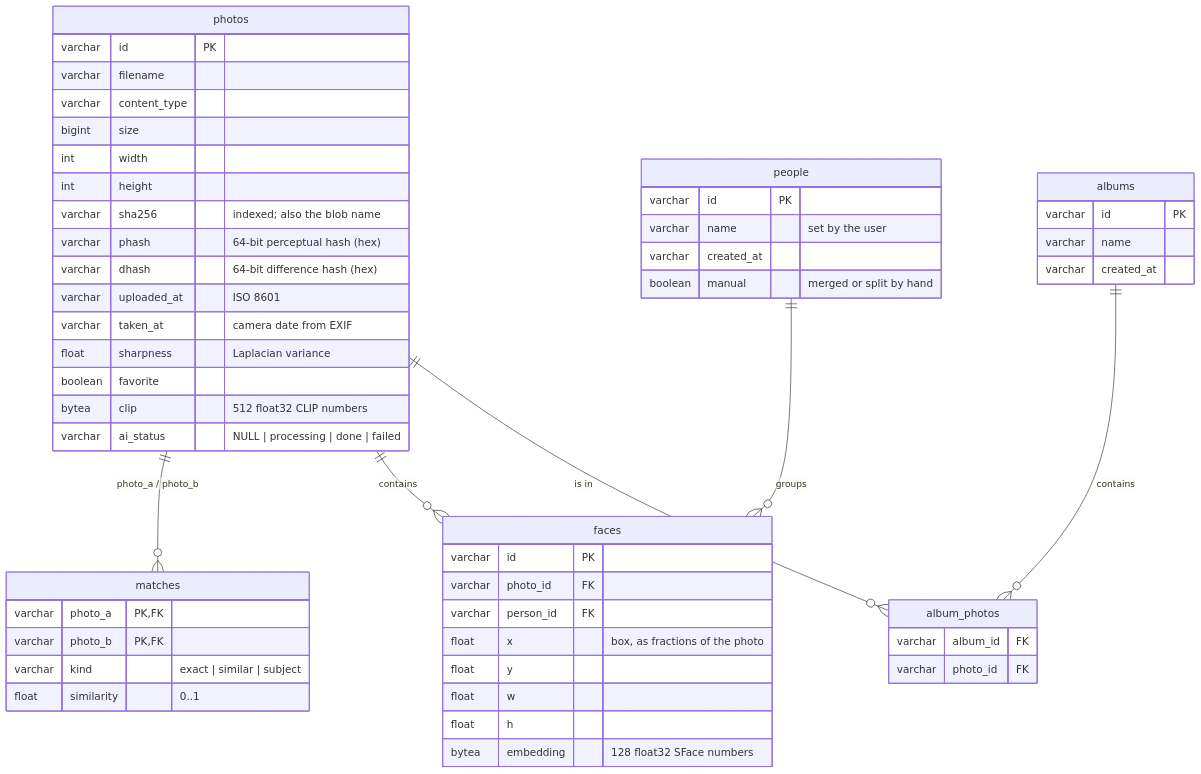
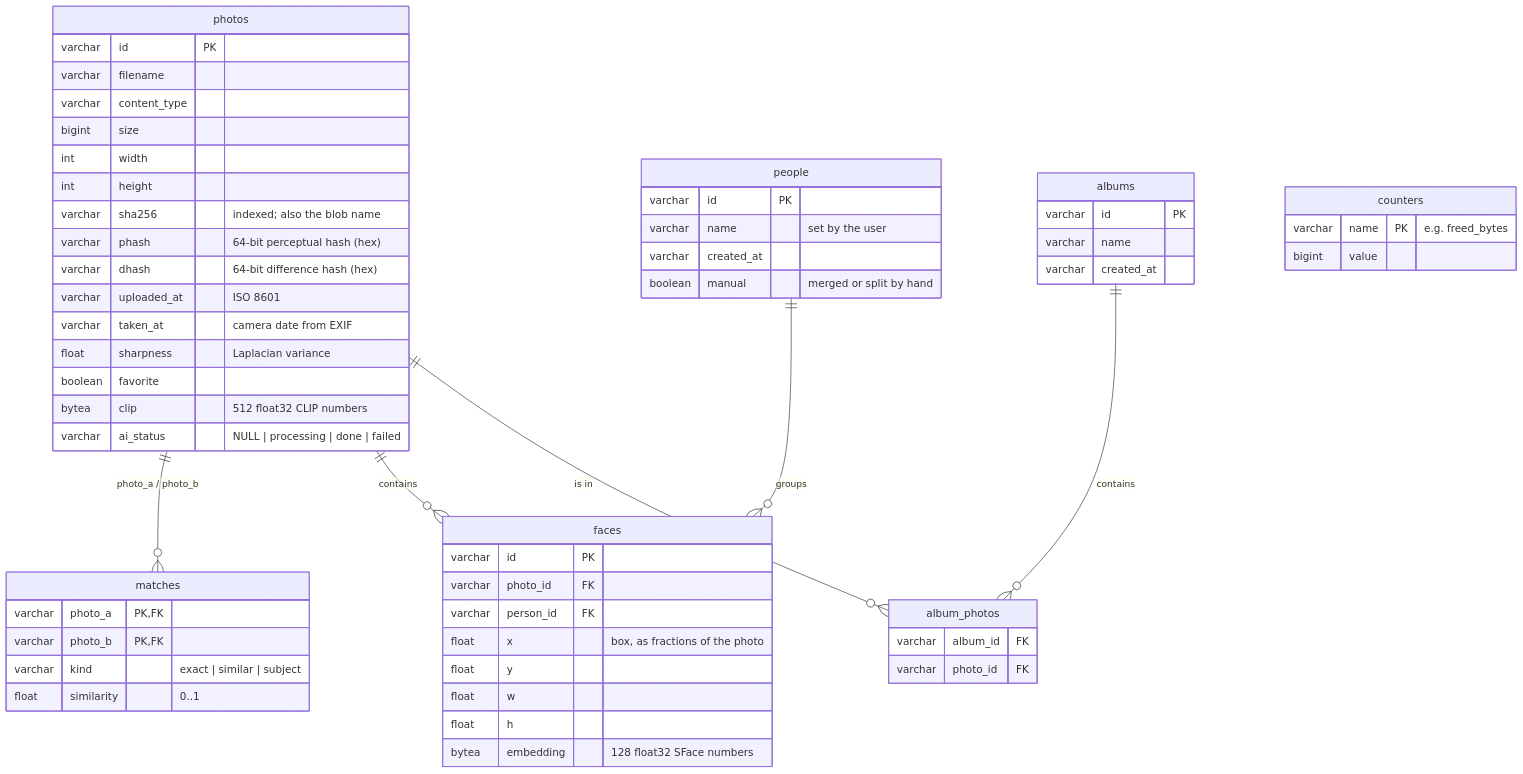
The third of 4 diagrams in docs/technical-design-document.md (Arnav-Dugad/imagevault-ai), drawn with Mermaid before and after one commit. The commit also changed other lines of this file and 26 other files, not shown here.

````diff
--- a/docs/technical-design-document.md
+++ b/docs/technical-design-document.md
@@ -179,56 +181,60 @@
 ```mermaid
 erDiagram
     photos ||--o{ matches : "photo_a / photo_b"
     photos ||--o{ faces : "contains"
     people ||--o{ faces : "groups"
     albums ||--o{ album_photos : "contains"
     photos ||--o{ album_photos : "is in"
     photos {
         varchar id PK
         varchar filename
         varchar content_type
         bigint size
         int width
         int height
         varchar sha256 "indexed; also the blob name"
         varchar phash "64-bit perceptual hash (hex)"
         varchar dhash "64-bit difference hash (hex)"
         varchar uploaded_at "ISO 8601"
         varchar taken_at "camera date from EXIF"
         float sharpness "Laplacian variance"
         boolean favorite
         bytea clip "512 float32 CLIP numbers"
         varchar ai_status "NULL | processing | done | failed"
     }
     matches {
         varchar photo_a PK, FK
         varchar photo_b PK, FK
         varchar kind "exact | similar | subject"
         float similarity "0..1"
     }
     faces {
         varchar id PK
         varchar photo_id FK
         varchar person_id FK
         float x "box, as fractions of the photo"
         float y
         float w
         float h
         bytea embedding "128 float32 SFace numbers"
     }
     people {
         varchar id PK
         varchar name "set by the user"
         varchar created_at
         boolean manual "merged or split by hand"
     }
+    counters {
+        varchar name PK "e.g. freed_bytes"
+        bigint value
+    }
     albums {
         varchar id PK
         varchar name
         varchar created_at
     }
     album_photos {
         varchar album_id FK
         varchar photo_id FK
     }
 ```
````
